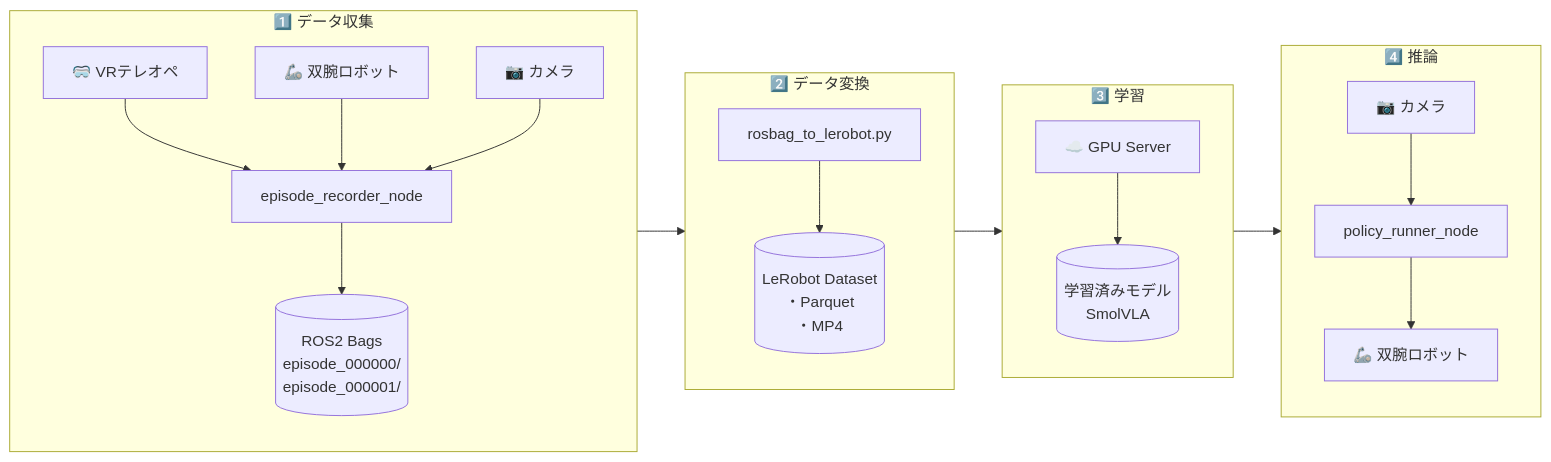
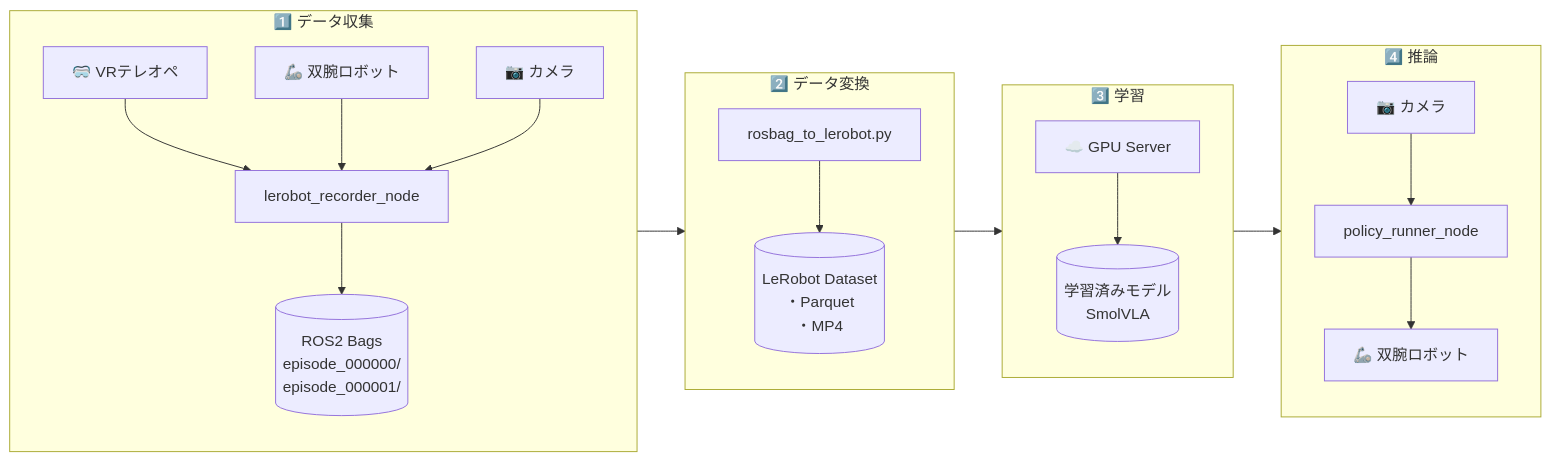
Before and after one commit to takatronix/vlabor_ros2: the third of 12 diagrams in docs/調整中/system_architecture.md, drawn with Mermaid. The commit also changed other lines of this file and 30 other files, not shown here.

````diff
--- a/docs/調整中/system_architecture.md
+++ b/docs/調整中/system_architecture.md
@@ -212,45 +212,45 @@
 ```mermaid
 flowchart LR
     subgraph Collect["1️⃣ データ収集"]
         direction TB
         VR1["🥽 VRテレオペ"]
         Robot1["🦾 双腕ロボット"]
         Cam1["📷 カメラ"]
-        Rec["episode_recorder_node"]
+        Rec["lerobot_recorder_node"]
         Bag[("ROS2 Bags<br/>episode_000000/<br/>episode_000001/")]
 
         VR1 --> Rec
         Robot1 --> Rec
         Cam1 --> Rec
         Rec --> Bag
     end
 
     subgraph Convert["2️⃣ データ変換"]
         direction TB
         Conv["rosbag_to_lerobot.py"]
         Dataset[("LeRobot Dataset<br/>・Parquet<br/>・MP4")]
 
         Bag --> Conv
         Conv --> Dataset
     end
 
     subgraph Train["3️⃣ 学習"]
         direction TB
         GPU["☁️ GPU Server"]
         Model[("学習済みモデル<br/>SmolVLA")]
 
         Dataset --> GPU
         GPU --> Model
     end
 
     subgraph Infer["4️⃣ 推論"]
         direction TB
         Runner["policy_runner_node"]
         Robot2["🦾 双腕ロボット"]
         Cam2["📷 カメラ"]
 
         Model --> Runner
         Cam2 --> Runner
         Runner --> Robot2
     end
 ```
````
